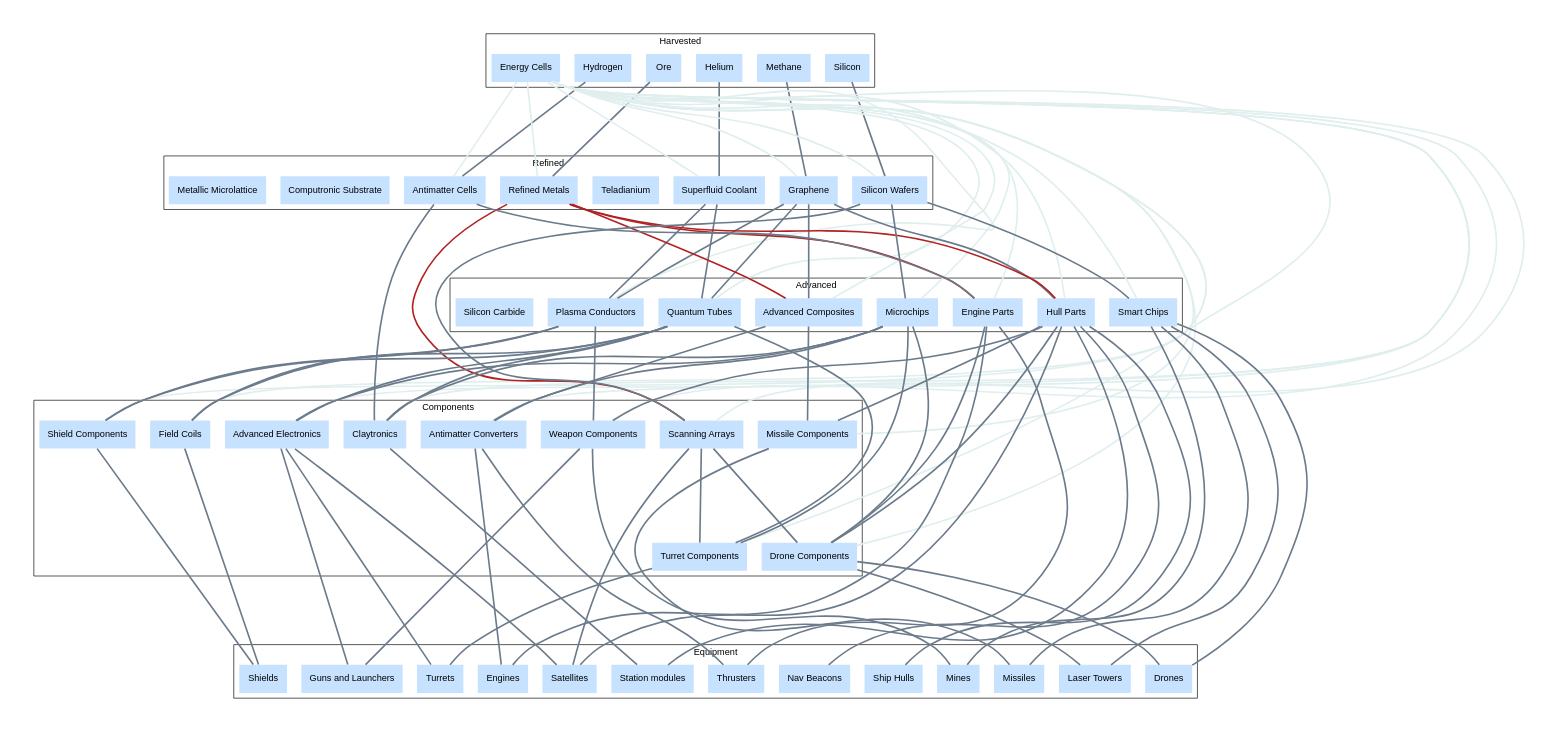
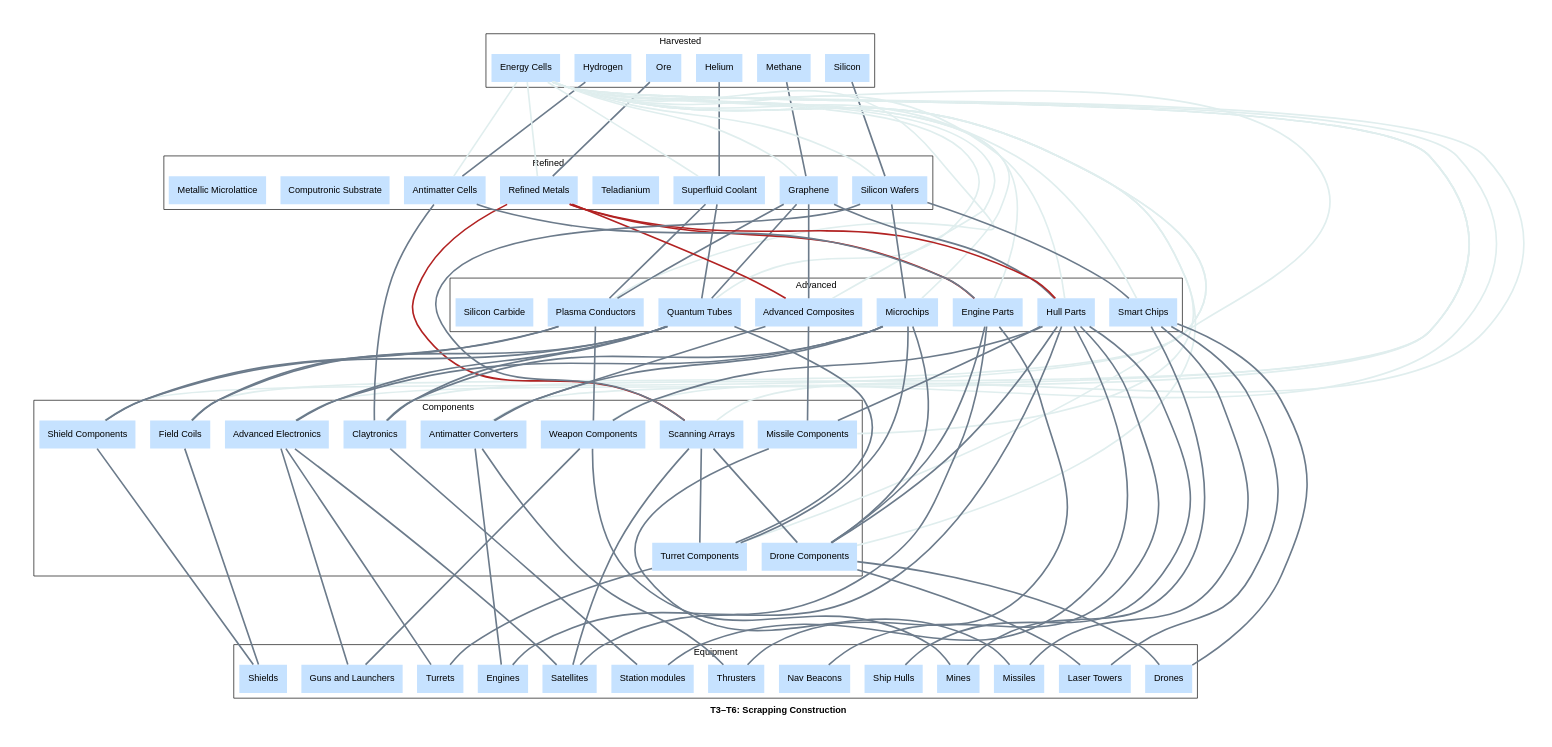
One commit to borntyping/x4-diagrams changed the diagram in docs/t3_t6_scrapping_construction_graph.dot. Above: the diagram before and after it, drawn with Graphviz. The commit also changed 117 other files, not shown here.

Commit message:
Add titles and descriptions to diagrams

```diff
--- a/docs/t3_t6_scrapping_construction_graph.dot
+++ b/docs/t3_t6_scrapping_construction_graph.dot
@@ -1,154 +1,155 @@
 graph "X4 Economy" {
 	compound=true fontname="Helvetica,Arial,sans-serif"
+	label=<<b>T3–T6: Scrapping Construction</b>>
 	graph [nodesep=0.3 pad=0.5 ranksep=2]
 	node [color=slategray1 fontname="Helvetica,Arial,sans-serif" margin=0.2 penwidth=0 shape=record style=filled]
 	edge [fontname="Helvetica,Arial,sans-serif" penwidth=2.5]
 	subgraph 0 {
 		cluster=true label=Harvested
 		Helium [colour=lightsteelblue2 shape=box]
 		Methane [colour=lightsteelblue2 shape=box]
 		Ore [colour=lightsteelblue2 shape=box]
 		Hydrogen [colour=lightsteelblue2 shape=box]
 		Silicon [colour=lightsteelblue2 shape=box]
 		"Energy Cells" [colour=lightsteelblue2 shape=box]
 	}
 	subgraph 3 {
 		cluster=true label=Refined
 		"Superfluid Coolant" [colour=lightsteelblue2 shape=box]
 		Graphene [colour=lightsteelblue2 shape=box]
 		"Refined Metals" [colour=lightsteelblue2 shape=box]
 		Teladianium [colour=lightsteelblue2 shape=box]
 		"Antimatter Cells" [colour=lightsteelblue2 shape=box]
 		"Silicon Wafers" [colour=lightsteelblue2 shape=box]
 		"Computronic Substrate" [colour=lightsteelblue2 shape=box]
 		"Metallic Microlattice" [colour=lightsteelblue2 shape=box]
 	}
 	subgraph 4 {
 		cluster=true label=Advanced
 		"Plasma Conductors" [colour=lightsteelblue2 shape=box]
 		"Quantum Tubes" [colour=lightsteelblue2 shape=box]
 		"Advanced Composites" [colour=lightsteelblue2 shape=box]
 		"Hull Parts" [colour=lightsteelblue2 shape=box]
 		"Engine Parts" [colour=lightsteelblue2 shape=box]
 		Microchips [colour=lightsteelblue2 shape=box]
 		"Smart Chips" [colour=lightsteelblue2 shape=box]
 		"Silicon Carbide" [colour=lightsteelblue2 shape=box]
 	}
 	subgraph 5 {
 		cluster=true label=Components
 		"Drone Components" [colour=lightsteelblue2 shape=box]
 		"Turret Components" [colour=lightsteelblue2 shape=box]
 		"Missile Components" [colour=lightsteelblue2 shape=box]
 		"Field Coils" [colour=lightsteelblue2 shape=box]
 		"Shield Components" [colour=lightsteelblue2 shape=box]
 		"Antimatter Converters" [colour=lightsteelblue2 shape=box]
 		"Weapon Components" [colour=lightsteelblue2 shape=box]
 		"Scanning Arrays" [colour=orange1 shape=box]
 		Claytronics [colour=lightsteelblue2 shape=box]
 		"Advanced Electronics" [colour=lightsteelblue2 shape=box]
 	}
 	subgraph 6 {
 		cluster=true label=Equipment
 		"Ship Hulls" [colour=lightsteelblue2 shape=box]
 		"Nav Beacons" [colour=lightsteelblue2 shape=box]
 		Missiles [colour=lightsteelblue2 shape=box]
 		"Station modules" [colour=hotpink1 shape=box]
 		Engines [colour=hotpink1 shape=box]
 		Thrusters [colour=hotpink1 shape=box]
 		Mines [colour=lightsteelblue2 shape=box]
 		Drones [colour=lightsteelblue2 shape=box]
 		"Laser Towers" [colour=lightsteelblue2 shape=box]
 		Shields [colour=hotpink1 shape=box]
 		Turrets [colour=hotpink1 shape=box]
 		"Guns and Launchers" [colour=hotpink1 shape=box]
 		Satellites [colour=lightsteelblue2 shape=box]
 	}
 	"Energy Cells" -- "Superfluid Coolant" [color=azure2 constraint=false]
 	Helium -- "Superfluid Coolant" [color=slategray4 constraint=true]
 	"Energy Cells" -- Graphene [color=azure2 constraint=false]
 	Methane -- Graphene [color=slategray4 constraint=true]
 	"Energy Cells" -- "Refined Metals" [color=azure2 constraint=false]
 	Ore -- "Refined Metals" [color=slategray4 constraint=true]
 	"Energy Cells" -- "Antimatter Cells" [color=azure2 constraint=false]
 	Hydrogen -- "Antimatter Cells" [color=slategray4 constraint=true]
 	"Energy Cells" -- "Silicon Wafers" [color=azure2 constraint=false]
 	Silicon -- "Silicon Wafers" [color=slategray4 constraint=true]
 	"Energy Cells" -- "Plasma Conductors" [color=azure2 constraint=false]
 	Graphene -- "Plasma Conductors" [color=slategray4 constraint=true]
 	"Superfluid Coolant" -- "Plasma Conductors" [color=slategray4 constraint=true]
 	"Energy Cells" -- "Quantum Tubes" [color=azure2 constraint=false]
 	Graphene -- "Quantum Tubes" [color=slategray4 constraint=true]
 	"Superfluid Coolant" -- "Quantum Tubes" [color=slategray4 constraint=true]
 	"Energy Cells" -- "Advanced Composites" [color=azure2 constraint=false]
 	Graphene -- "Advanced Composites" [color=slategray4 constraint=true]
 	"Refined Metals" -- "Advanced Composites" [color=firebrick constraint=true]
 	"Energy Cells" -- "Hull Parts" [color=azure2 constraint=false]
 	Graphene -- "Hull Parts" [color=slategray4 constraint=true]
 	"Refined Metals" -- "Hull Parts" [color=firebrick constraint=true]
 	"Antimatter Cells" -- "Engine Parts" [color=slategray4 constraint=true]
 	"Energy Cells" -- "Engine Parts" [color=azure2 constraint=false]
 	"Refined Metals" -- "Engine Parts" [color=firebrick constraint=true]
 	"Energy Cells" -- Microchips [color=azure2 constraint=false]
 	"Silicon Wafers" -- Microchips [color=slategray4 constraint=true]
 	"Energy Cells" -- "Smart Chips" [color=azure2 constraint=false]
 	"Silicon Wafers" -- "Smart Chips" [color=slategray4 constraint=true]
 	"Energy Cells" -- "Drone Components" [color=azure2 constraint=false]
 	"Engine Parts" -- "Drone Components" [color=slategray4 constraint=true]
 	"Hull Parts" -- "Drone Components" [color=slategray4 constraint=true]
 	Microchips -- "Drone Components" [color=slategray4 constraint=true]
 	"Scanning Arrays" -- "Drone Components" [color=slategray4 constraint=true]
 	"Energy Cells" -- "Turret Components" [color=azure2 constraint=false]
 	Microchips -- "Turret Components" [color=slategray4 constraint=true]
 	"Quantum Tubes" -- "Turret Components" [color=slategray4 constraint=true]
 	"Scanning Arrays" -- "Turret Components" [color=slategray4 constraint=true]
 	"Advanced Composites" -- "Missile Components" [color=slategray4 constraint=true]
 	"Energy Cells" -- "Missile Components" [color=azure2 constraint=false]
 	"Hull Parts" -- "Missile Components" [color=slategray4 constraint=true]
 	"Energy Cells" -- "Field Coils" [color=azure2 constraint=false]
 	"Plasma Conductors" -- "Field Coils" [color=slategray4 constraint=true]
 	"Quantum Tubes" -- "Field Coils" [color=slategray4 constraint=true]
 	"Energy Cells" -- "Shield Components" [color=azure2 constraint=false]
 	"Plasma Conductors" -- "Shield Components" [color=slategray4 constraint=true]
 	"Quantum Tubes" -- "Shield Components" [color=slategray4 constraint=true]
 	"Advanced Composites" -- "Antimatter Converters" [color=slategray4 constraint=true]
 	"Energy Cells" -- "Antimatter Converters" [color=azure2 constraint=false]
 	Microchips -- "Antimatter Converters" [color=slategray4 constraint=true]
 	"Energy Cells" -- "Weapon Components" [color=azure2 constraint=false]
 	"Hull Parts" -- "Weapon Components" [color=slategray4 constraint=true]
 	"Plasma Conductors" -- "Weapon Components" [color=slategray4 constraint=true]
 	"Energy Cells" -- "Scanning Arrays" [color=azure2 constraint=false]
 	"Refined Metals" -- "Scanning Arrays" [color=firebrick constraint=true]
 	"Silicon Wafers" -- "Scanning Arrays" [color=slategray4 constraint=true]
 	"Antimatter Cells" -- Claytronics [color=slategray4 constraint=true]
 	"Energy Cells" -- Claytronics [color=azure2 constraint=false]
 	Microchips -- Claytronics [color=slategray4 constraint=true]
 	"Quantum Tubes" -- Claytronics [color=slategray4 constraint=true]
 	"Energy Cells" -- "Advanced Electronics" [color=azure2 constraint=false]
 	Microchips -- "Advanced Electronics" [color=slategray4 constraint=true]
 	"Quantum Tubes" -- "Advanced Electronics" [color=slategray4 constraint=true]
 	"Hull Parts" -- "Ship Hulls" [color=slategray4 constraint=true]
 	"Hull Parts" -- "Nav Beacons" [color=slategray4 constraint=true]
 	"Missile Components" -- Missiles [color=slategray4 constraint=true]
 	"Smart Chips" -- Missiles [color=slategray4 constraint=true]
 	"Hull Parts" -- "Station modules" [color=slategray4 constraint=true]
 	Claytronics -- "Station modules" [color=slategray4 constraint=true]
 	"Antimatter Converters" -- Engines [color=slategray4 constraint=true]
 	"Engine Parts" -- Engines [color=slategray4 constraint=true]
 	"Antimatter Converters" -- Thrusters [color=slategray4 constraint=true]
 	"Engine Parts" -- Thrusters [color=slategray4 constraint=true]
 	"Weapon Components" -- Mines [color=slategray4 constraint=true]
 	"Smart Chips" -- Mines [color=slategray4 constraint=true]
 	"Drone Components" -- Drones [color=slategray4 constraint=true]
 	"Smart Chips" -- Drones [color=slategray4 constraint=true]
 	"Drone Components" -- "Laser Towers" [color=slategray4 constraint=true]
 	"Smart Chips" -- "Laser Towers" [color=slategray4 constraint=true]
 	"Field Coils" -- Shields [color=slategray4 constraint=true]
 	"Shield Components" -- Shields [color=slategray4 constraint=true]
 	"Turret Components" -- Turrets [color=slategray4 constraint=true]
 	"Advanced Electronics" -- Turrets [color=slategray4 constraint=true]
 	"Advanced Electronics" -- "Guns and Launchers" [color=slategray4 constraint=true]
 	"Weapon Components" -- "Guns and Launchers" [color=slategray4 constraint=true]
 	"Scanning Arrays" -- Satellites [color=slategray4 constraint=true]
 	"Advanced Electronics" -- Satellites [color=slategray4 constraint=true]
 	"Hull Parts" -- Satellites [color=slategray4 constraint=true]
 }
```
